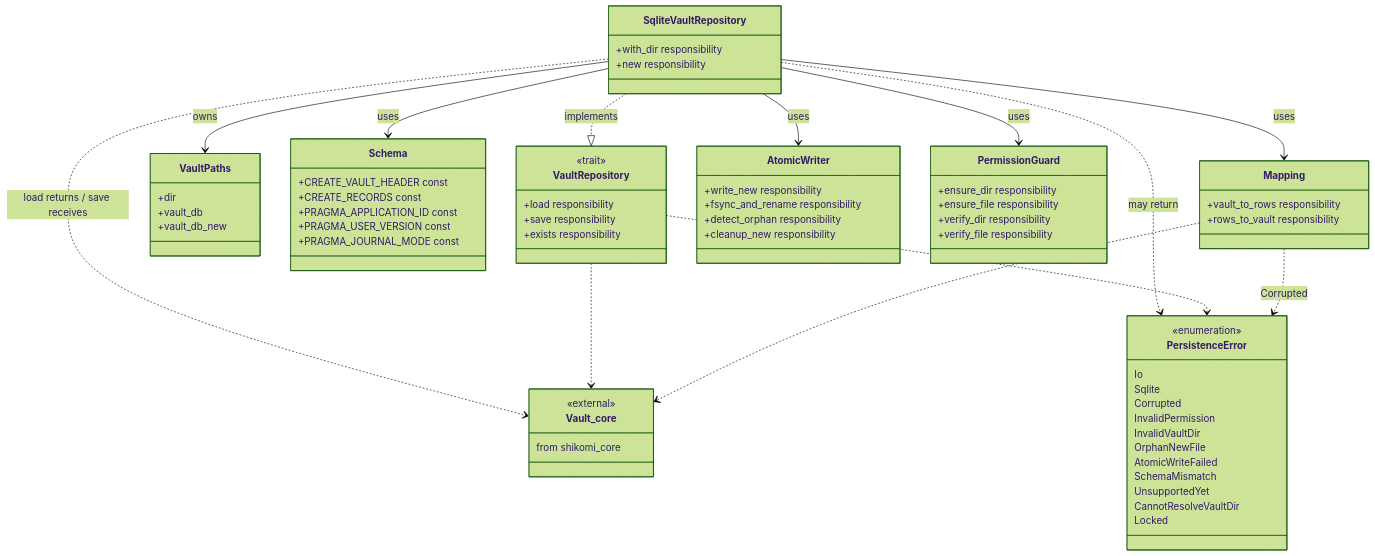
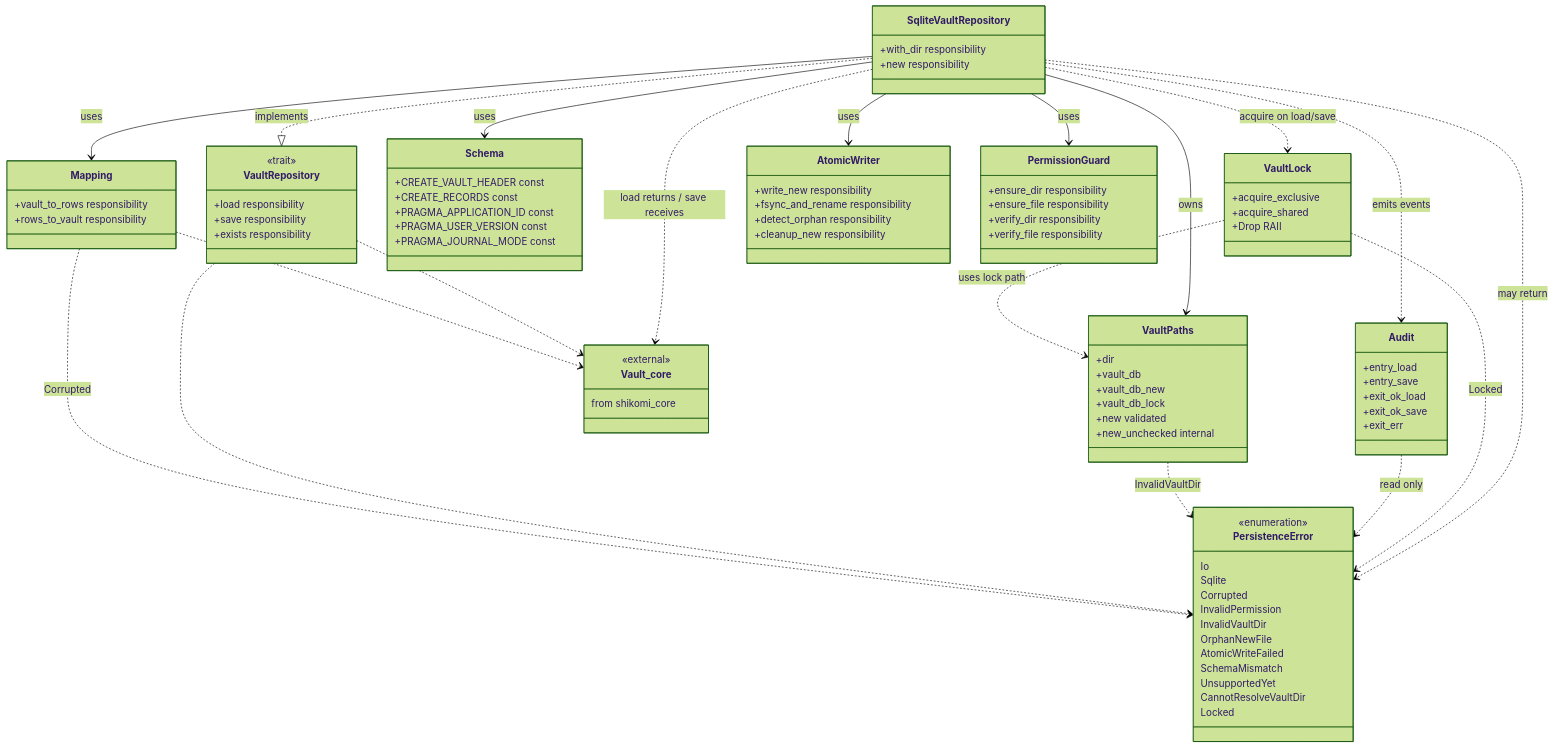
The first of 5 diagrams in docs/features/vault-persistence/basic-design.md (shikomi-dev/shikomi), drawn with Mermaid (forest theme) before and after one commit. The commit also changed other lines of this file and 7 other files, not shown here.

First line of the commit message:
docs(vault-persistence): レビュー第2ラウンド指摘を全点反映 (#10)

```diff
--- a/docs/features/vault-persistence/basic-design.md
+++ b/docs/features/vault-persistence/basic-design.md
@@ -83,6 +83,23 @@
         +dir
         +vault_db
         +vault_db_new
+        +vault_db_lock
+        +new validated
+        +new_unchecked internal
+    }
+
+    class VaultLock {
+        +acquire_exclusive
+        +acquire_shared
+        +Drop RAII
+    }
+
+    class Audit {
+        +entry_load
+        +entry_save
+        +exit_ok_load
+        +exit_ok_save
+        +exit_err
     }
 
     class PersistenceError {
@@ -138,8 +155,14 @@
     SqliteVaultRepository --> Mapping : uses
     SqliteVaultRepository --> AtomicWriter : uses
     SqliteVaultRepository --> PermissionGuard : uses
+    SqliteVaultRepository ..> VaultLock : acquire on load/save
+    SqliteVaultRepository ..> Audit : emits events
     SqliteVaultRepository ..> Vault_core : load returns / save receives
     SqliteVaultRepository ..> PersistenceError : may return
+    VaultLock ..> VaultPaths : uses lock path
+    VaultLock ..> PersistenceError : Locked
+    Audit ..> PersistenceError : read only
+    VaultPaths ..> PersistenceError : InvalidVaultDir
     VaultRepository ..> Vault_core
     VaultRepository ..> PersistenceError
     Mapping ..> Vault_core
```
